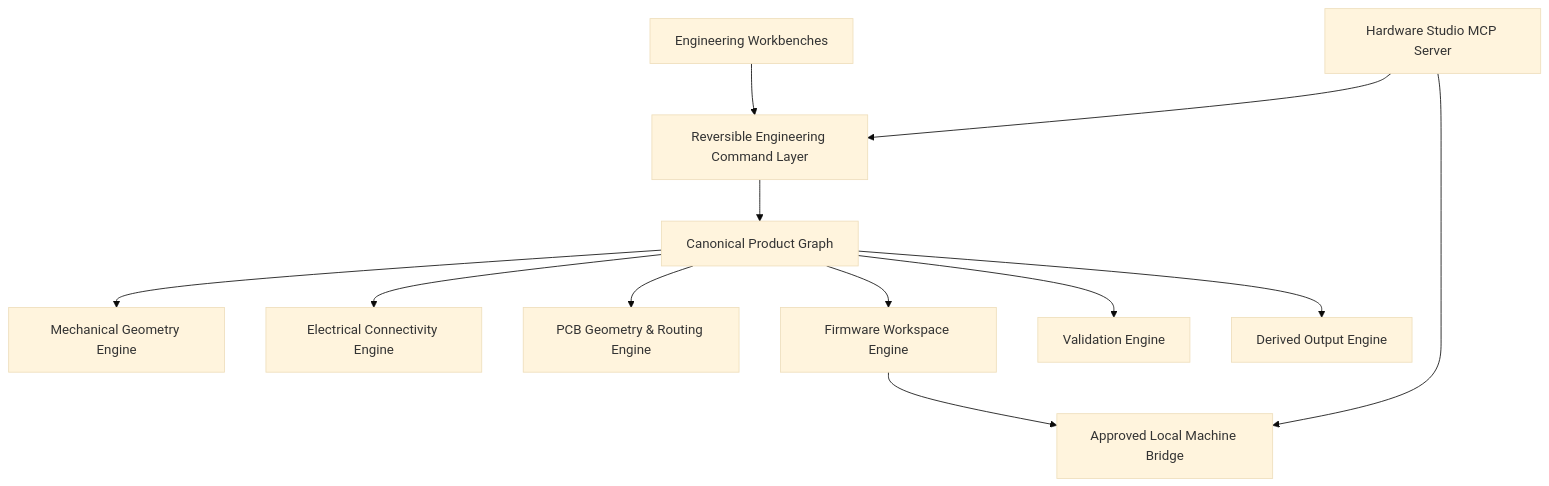
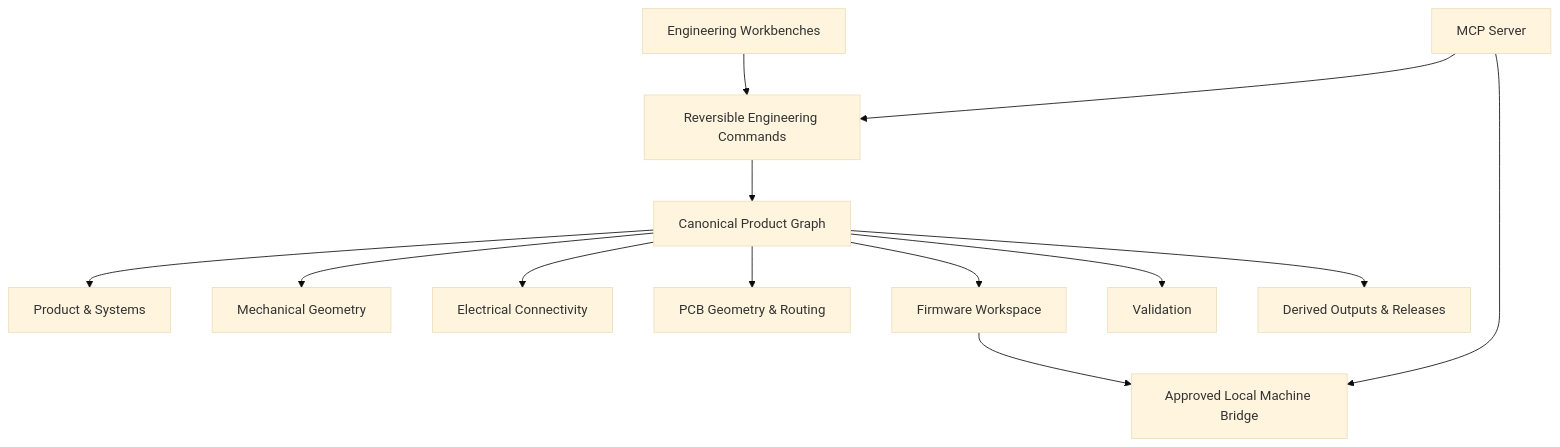
The diagram in README.md (Ankit6149/hardware-studio), drawn with Mermaid (base theme) before and after one commit. The commit also changed other lines of this file, not shown here.

````diff
--- a/README.md
+++ b/README.md
@@ -93,30 +107,21 @@
 ```mermaid
 flowchart TB
     UI[Engineering Workbenches]
-    CMD[Reversible Engineering Command Layer]
+    MCP[MCP Server]
+    CMD[Reversible Engineering Commands]
     GRAPH[Canonical Product Graph]
-
-    GEO[Mechanical Geometry Engine]
-    ELEC[Electrical Connectivity Engine]
-    PCB[PCB Geometry & Routing Engine]
-    FW[Firmware Workspace Engine]
-    VAL[Validation Engine]
-    OUT[Derived Output Engine]
-
-    MCP[Hardware Studio MCP Server]
     BRIDGE[Approved Local Machine Bridge]
 
     UI --> CMD
     MCP --> CMD
     CMD --> GRAPH
-
-    GRAPH --> GEO
-    GRAPH --> ELEC
-    GRAPH --> PCB
-    GRAPH --> FW
-    GRAPH --> VAL
-    GRAPH --> OUT
-
+    GRAPH --> PRODUCT[Product & Systems]
+    GRAPH --> MECH[Mechanical Geometry]
+    GRAPH --> ELEC[Electrical Connectivity]
+    GRAPH --> PCB[PCB Geometry & Routing]
+    GRAPH --> FW[Firmware Workspace]
+    GRAPH --> VAL[Validation]
+    GRAPH --> OUT[Derived Outputs & Releases]
     FW --> BRIDGE
     MCP --> BRIDGE
 ```
````
